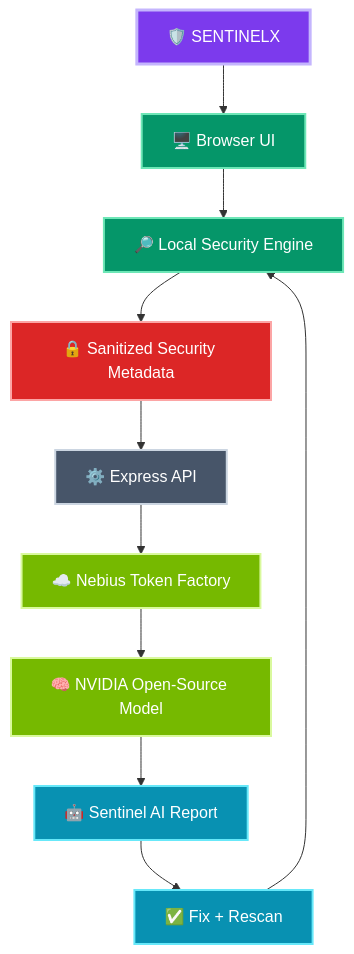
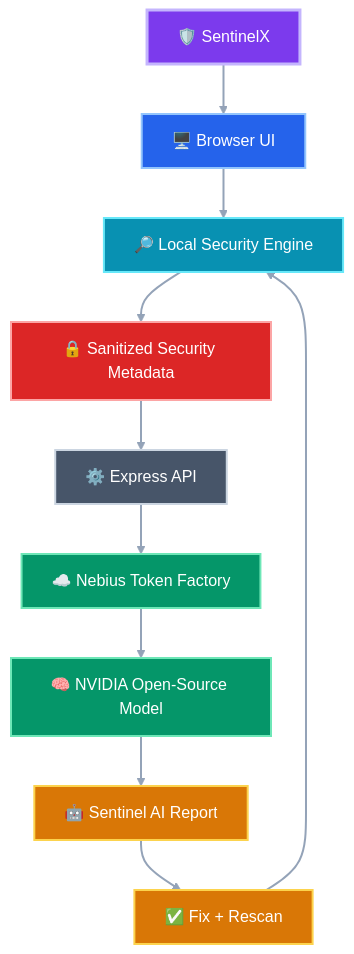
One commit to MrCheeku/SentinelX changed the diagram in README.md. Above: the diagram before and after it, drawn with Mermaid. The commit also changed other lines of this file, not shown here.

Commit message:
Redesign SentinelX README to match PassGen presentation and add official social buttons

````diff
--- a/README.md
+++ b/README.md
@@ -41,27 +78,30 @@
 ```mermaid
 flowchart TB
-    A[🛡️ SENTINELX] --> B[🖥️ Browser UI]
+    A[🛡️ SentinelX] --> B[🖥️ Browser UI]
     B --> C[🔎 Local Security Engine]
     C --> D[🔒 Sanitized Security Metadata]
     D --> E[⚙️ Express API]
     E --> F[☁️ Nebius Token Factory]
     F --> G[🧠 NVIDIA Open-Source Model]
     G --> H[🤖 Sentinel AI Report]
     H --> I[✅ Fix + Rescan]
     I --> C
 
-    classDef root fill:#7c3aed,stroke:#c4b5fd,color:#fff,stroke-width:3px;
-    classDef local fill:#059669,stroke:#6ee7b7,color:#fff,stroke-width:2px;
-    classDef privacy fill:#dc2626,stroke:#fca5a5,color:#fff,stroke-width:2px;
-    classDef backend fill:#475569,stroke:#cbd5e1,color:#fff,stroke-width:2px;
-    classDef ai fill:#76b900,stroke:#d9f99d,color:#fff,stroke-width:2px;
-    classDef result fill:#0891b2,stroke:#67e8f9,color:#fff,stroke-width:2px;
+    classDef root fill:#7c3aed,stroke:#c4b5fd,color:#ffffff,stroke-width:3px;
+    classDef app fill:#2563eb,stroke:#93c5fd,color:#ffffff,stroke-width:2px;
+    classDef source fill:#0891b2,stroke:#67e8f9,color:#ffffff,stroke-width:2px;
+    classDef privacy fill:#dc2626,stroke:#fca5a5,color:#ffffff,stroke-width:2px;
+    classDef backend fill:#475569,stroke:#cbd5e1,color:#ffffff,stroke-width:2px;
+    classDef ai fill:#059669,stroke:#6ee7b7,color:#ffffff,stroke-width:2px;
+    classDef result fill:#d97706,stroke:#fcd34d,color:#ffffff,stroke-width:2px;
 
     class A root;
-    class B local;
-    class C local;
+    class B app;
+    class C source;
     class D privacy;
     class E backend;
     class F,G ai;
     class H,I result;
+
+    linkStyle default stroke:#94a3b8,stroke-width:2px;
 ```
````
